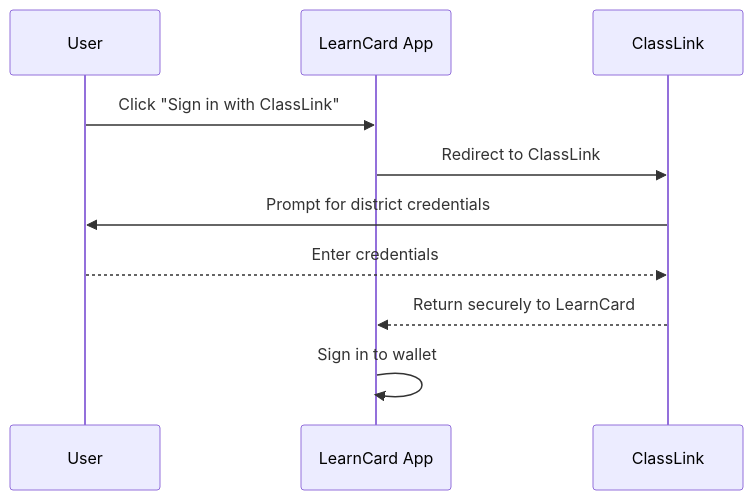
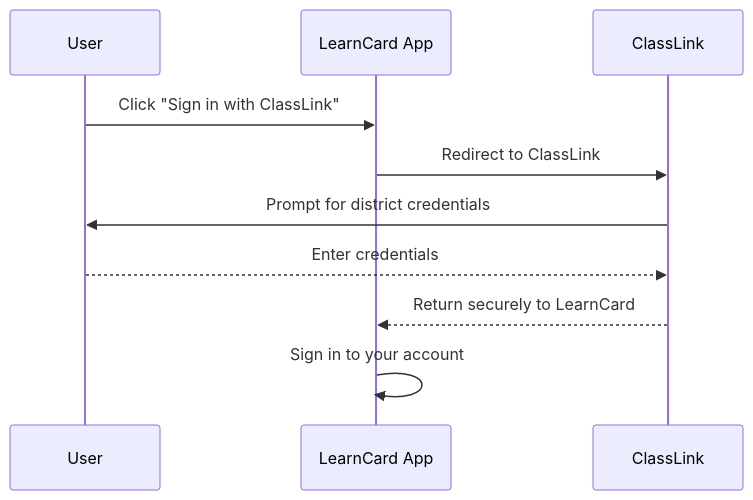
Before and after one commit to learningeconomy/LearnCard: the diagram in docs/apps/learn-card-app/classlink-sso.md, drawn with Mermaid. The commit also changed other lines of this file and 5 other files, not shown here.

````diff
--- a/docs/apps/learn-card-app/classlink-sso.md
+++ b/docs/apps/learn-card-app/classlink-sso.md
@@ -9,13 +9,13 @@
 ```mermaid
 sequenceDiagram
     participant User
     participant App as LearnCard App
     participant CL as ClassLink
 
     User->>App: Click "Sign in with ClassLink"
     App->>CL: Redirect to ClassLink
     CL->>User: Prompt for district credentials
     User-->>CL: Enter credentials
     CL-->>App: Return securely to LearnCard
-    App->>App: Sign in to wallet
+    App->>App: Sign in to your account
 ```
````
